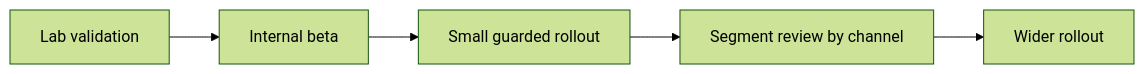
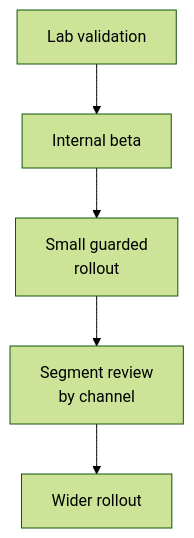
Before and after one commit to Nivratti/ekyc-face-liveness-playbook: the diagram in docs/18-device-and-platform-matrix.md, drawn with Mermaid (forest theme). The commit also changed 31 other files, not shown here.

Commit message:
docs: improve mermaid diagram readability by converting wide flows to vertical layouts

````diff
--- a/docs/18-device-and-platform-matrix.md
+++ b/docs/18-device-and-platform-matrix.md
@@ -124,7 +124,7 @@
 ```mermaid
-flowchart LR
+flowchart TB
     A[Lab validation] --> B[Internal beta]
-    B --> C[Small guarded rollout]
-    C --> D[Segment review by channel]
+    B --> C[Small guarded<br/>rollout]
+    C --> D[Segment review<br/>by channel]
     D --> E[Wider rollout]
 ```
````
